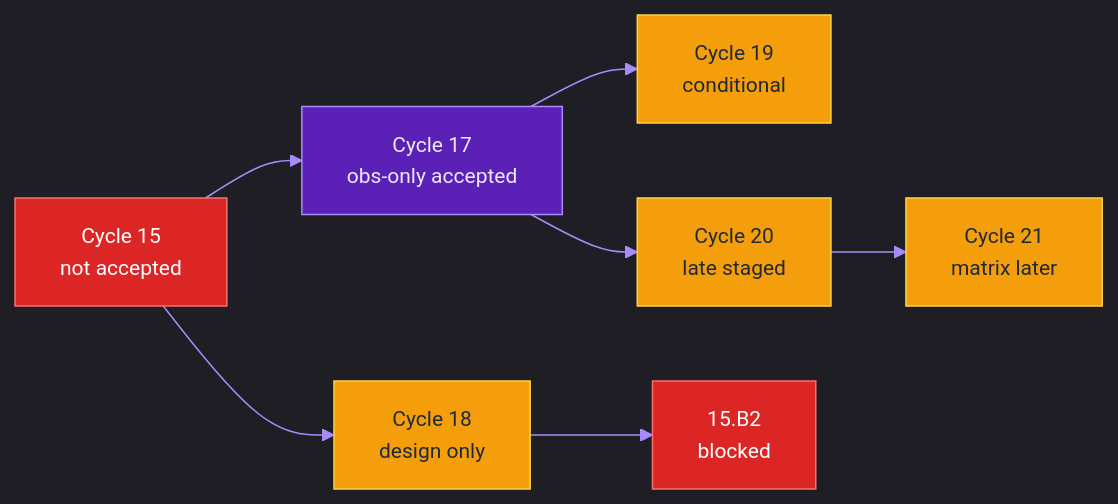
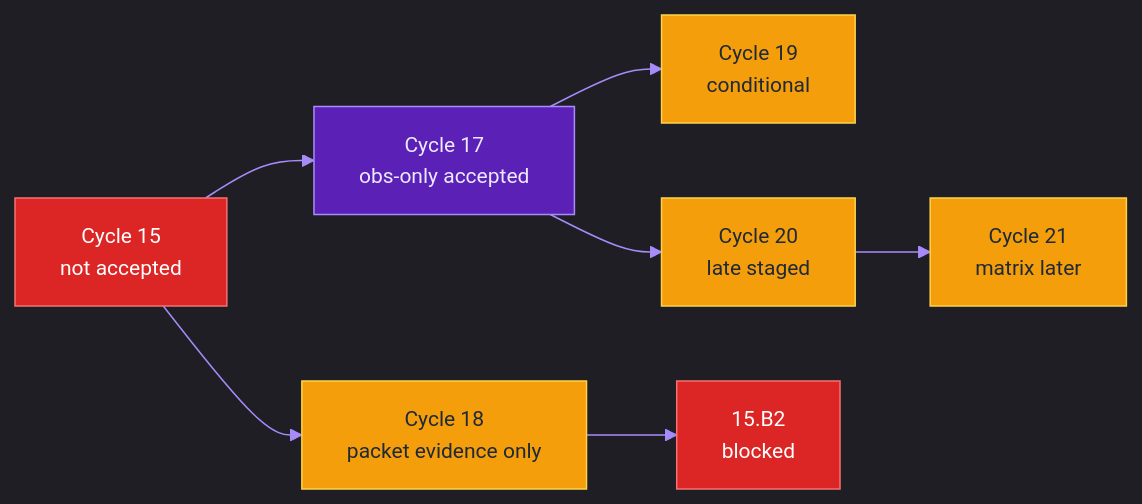
Before and after one commit to ahmedelbamby-aast/Grad-Project-Docs: the diagram in docs/four_agent_cycle_coordination_board.md, drawn with Mermaid. The commit also changed other lines of this file and 22 other files, not shown here.

````diff
--- a/docs/four_agent_cycle_coordination_board.md
+++ b/docs/four_agent_cycle_coordination_board.md
@@ -69,18 +73,18 @@
 ```mermaid
 %%{init: {'theme': 'dark', 'themeVariables': {'primaryColor': '#7C3AED', 'primaryTextColor': '#EDE9FE', 'primaryBorderColor': '#A78BFA', 'lineColor': '#A78BFA', 'secondaryColor': '#1E3A8A', 'tertiaryColor': '#5B21B6', 'fontSize': '14px'}}}%%
 flowchart LR
     C15["Cycle 15<br/>not accepted"] --> C17["Cycle 17<br/>obs-only accepted"]
-    C15 --> C18["Cycle 18<br/>design only"]
+    C15 --> C18["Cycle 18<br/>packet evidence only"]
     C17 --> C19["Cycle 19<br/>conditional"]
     C17 --> C20["Cycle 20<br/>late staged"]
     C20 --> C21["Cycle 21<br/>matrix later"]
     C18 --> B15["15.B2<br/>blocked"]
     classDef prod fill:#5B21B6,stroke:#A78BFA,color:#EDE9FE;
     classDef store fill:#1E3A8A,stroke:#60A5FA,color:#DBEAFE;
     classDef warn fill:#F59E0B,stroke:#FCD34D,color:#1F2937;
     classDef fail fill:#DC2626,stroke:#F87171,color:#FFFFFF;
     classDef ok fill:#16A34A,stroke:#86EFAC,color:#053B17;
     class C17 prod;
     class C15,B15 fail;
     class C18,C19,C20,C21 warn;
 ```
````
